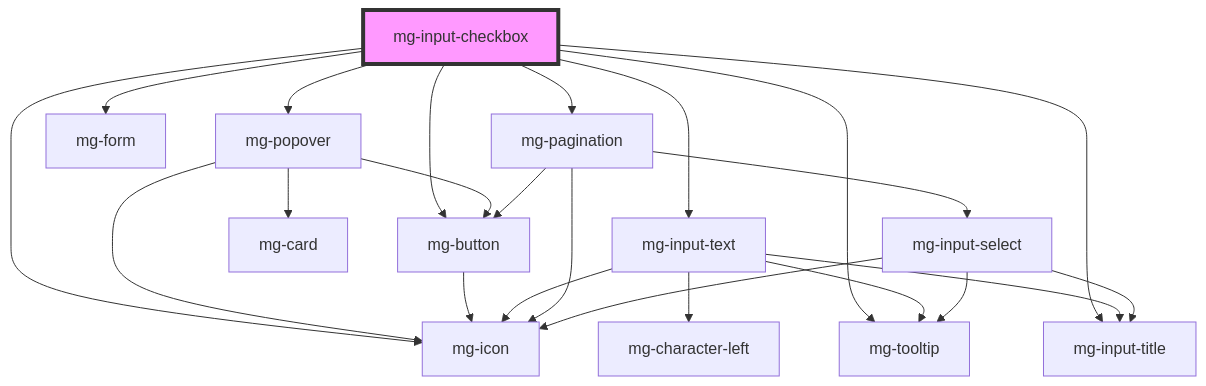
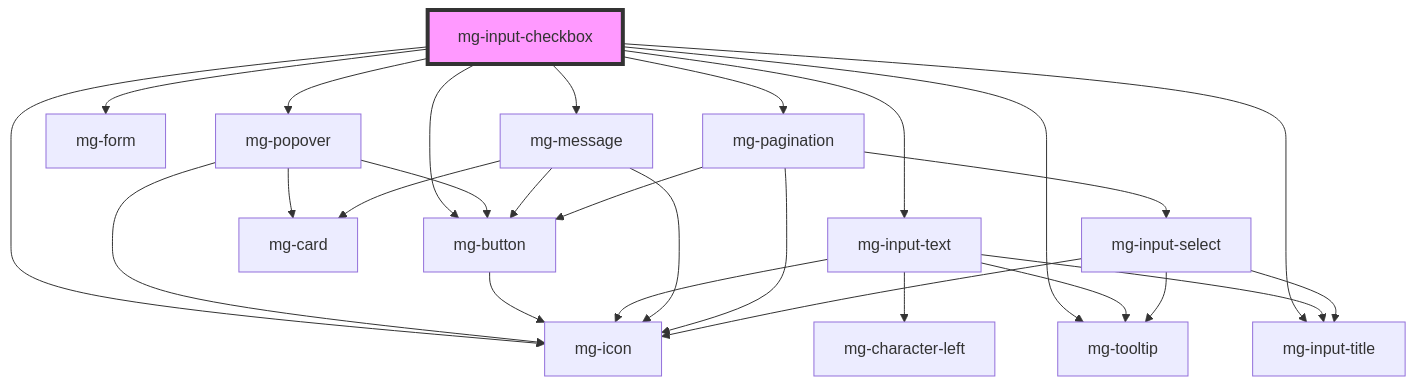
The diagram in packages/mg-components/src/components/molecules/inputs/mg-input-checkbox/readme.md (MGDIS/core-ui), drawn with Mermaid before and after one commit. The commit also changed other lines of this file and 18 other files, not shown here.

First line of the commit message:
feat(mgInputCheckbox): add tests and a11y check

````diff
--- a/packages/mg-components/src/components/molecules/inputs/mg-input-checkbox/readme.md
+++ b/packages/mg-components/src/components/molecules/inputs/mg-input-checkbox/readme.md
@@ -146,26 +147,30 @@
 ```mermaid
 graph TD;
   mg-input-checkbox --> mg-popover
   mg-input-checkbox --> mg-button
   mg-input-checkbox --> mg-icon
   mg-input-checkbox --> mg-form
   mg-input-checkbox --> mg-input-text
+  mg-input-checkbox --> mg-message
   mg-input-checkbox --> mg-pagination
   mg-input-checkbox --> mg-tooltip
   mg-input-checkbox --> mg-input-title
   mg-popover --> mg-card
   mg-popover --> mg-button
   mg-popover --> mg-icon
   mg-button --> mg-icon
   mg-input-text --> mg-icon
   mg-input-text --> mg-character-left
   mg-input-text --> mg-tooltip
   mg-input-text --> mg-input-title
+  mg-message --> mg-card
+  mg-message --> mg-icon
+  mg-message --> mg-button
   mg-pagination --> mg-button
   mg-pagination --> mg-icon
   mg-pagination --> mg-input-select
   mg-input-select --> mg-tooltip
   mg-input-select --> mg-icon
   mg-input-select --> mg-input-title
   style mg-input-checkbox fill:#f9f,stroke:#333,stroke-width:4px
 ```
````
